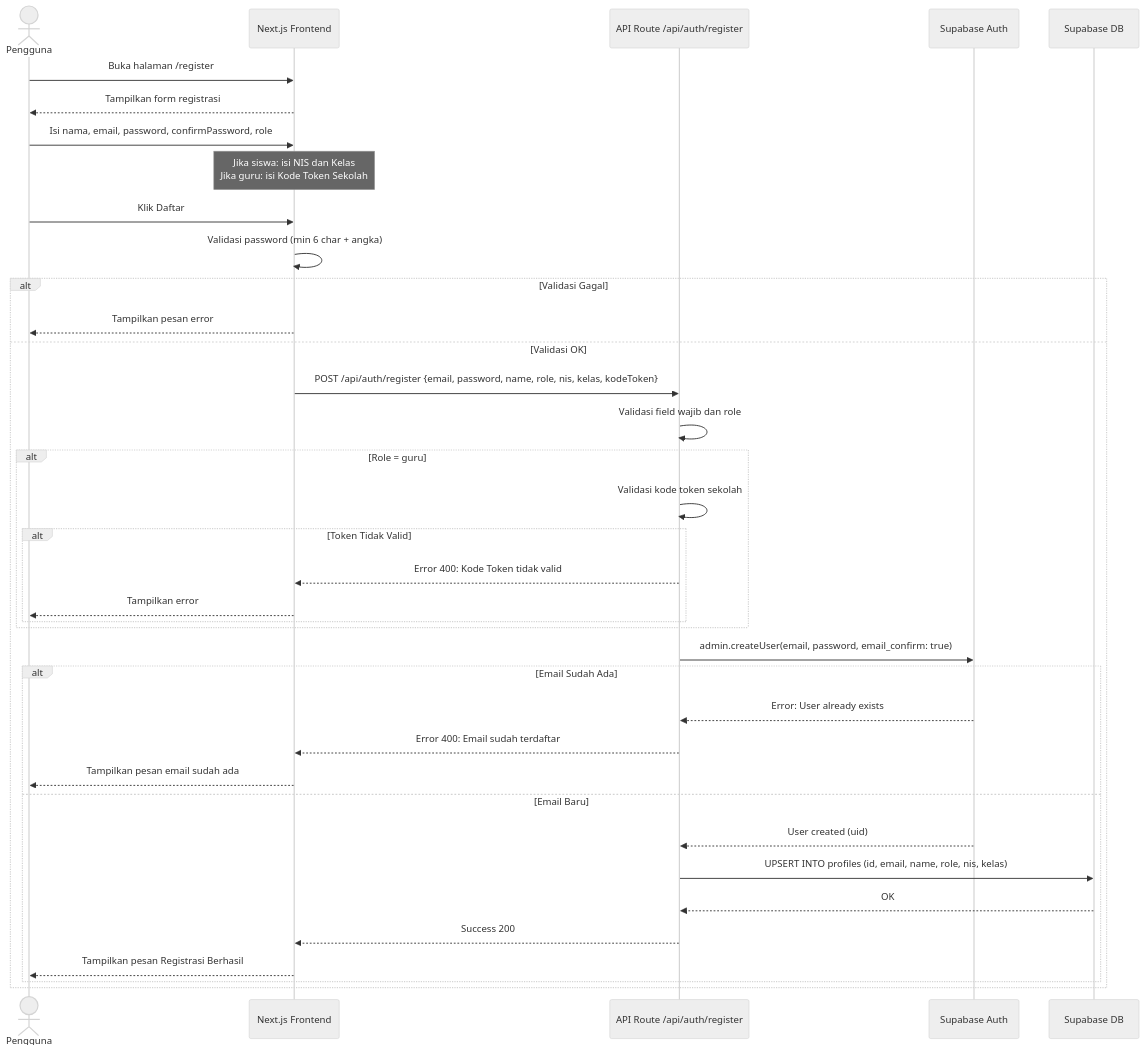
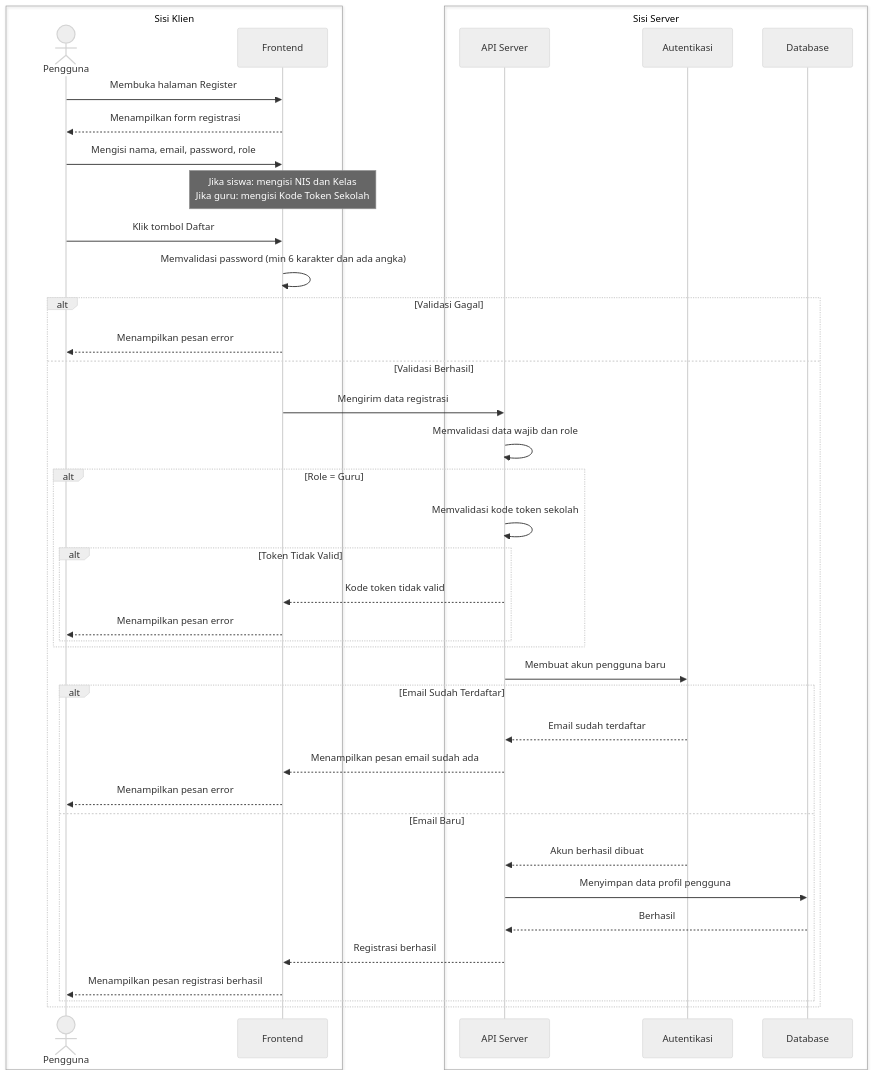
Before and after one commit to solikhulmauludin22014-ops/CLING: diagram 14 of 25 in DIAGRAMS.md, drawn with Mermaid (neutral theme). The commit also changed other lines of this file and 5 other files, not shown here.

````diff
--- a/DIAGRAMS.md
+++ b/DIAGRAMS.md
@@ -651,40 +655,44 @@
 ```mermaid
 sequenceDiagram
-    actor User as Pengguna
-    participant FE as Next.js Frontend
-    participant API as API Route /api/auth/register
-    participant Auth as Supabase Auth
-    participant DB as Supabase DB
+    box Sisi Klien
+        actor User as Pengguna
+        participant FE as Frontend
+    end
+    box Sisi Server
+        participant API as API Server
+        participant Auth as Autentikasi
+        participant DB as Database
+    end
 
-    User->>FE: Buka halaman /register
-    FE-->>User: Tampilkan form registrasi
-    User->>FE: Isi nama, email, password, confirmPassword, role
-    Note over FE: Jika siswa: isi NIS dan Kelas<br>Jika guru: isi Kode Token Sekolah
-    User->>FE: Klik Daftar
-    FE->>FE: Validasi password (min 6 char + angka)
+    User->>FE: Membuka halaman Register
+    FE-->>User: Menampilkan form registrasi
+    User->>FE: Mengisi nama, email, password, role
+    Note over FE: Jika siswa: mengisi NIS dan Kelas<br>Jika guru: mengisi Kode Token Sekolah
+    User->>FE: Klik tombol Daftar
+    FE->>FE: Memvalidasi password (min 6 karakter dan ada angka)
     alt Validasi Gagal
-        FE-->>User: Tampilkan pesan error
-    else Validasi OK
-        FE->>API: POST /api/auth/register {email, password, name, role, nis, kelas, kodeToken}
-        API->>API: Validasi field wajib dan role
-        alt Role = guru
-            API->>API: Validasi kode token sekolah
+        FE-->>User: Menampilkan pesan error
+    else Validasi Berhasil
+        FE->>API: Mengirim data registrasi
+        API->>API: Memvalidasi data wajib dan role
+        alt Role = Guru
+            API->>API: Memvalidasi kode token sekolah
             alt Token Tidak Valid
-                API-->>FE: Error 400: Kode Token tidak valid
-                FE-->>User: Tampilkan error
+                API-->>FE: Kode token tidak valid
+                FE-->>User: Menampilkan pesan error
             end
         end
-        API->>Auth: admin.createUser(email, password, email_confirm: true)
-        alt Email Sudah Ada
-            Auth-->>API: Error: User already exists
-            API-->>FE: Error 400: Email sudah terdaftar
-            FE-->>User: Tampilkan pesan email sudah ada
+        API->>Auth: Membuat akun pengguna baru
+        alt Email Sudah Terdaftar
+            Auth-->>API: Email sudah terdaftar
+            API-->>FE: Menampilkan pesan email sudah ada
+            FE-->>User: Menampilkan pesan error
         else Email Baru
-            Auth-->>API: User created (uid)
-            API->>DB: UPSERT INTO profiles (id, email, name, role, nis, kelas)
-            DB-->>API: OK
-            API-->>FE: Success 200
-            FE-->>User: Tampilkan pesan Registrasi Berhasil
+            Auth-->>API: Akun berhasil dibuat
+            API->>DB: Menyimpan data profil pengguna
+            DB-->>API: Berhasil
+            API-->>FE: Registrasi berhasil
+            FE-->>User: Menampilkan pesan registrasi berhasil
         end
     end
 ```
````
